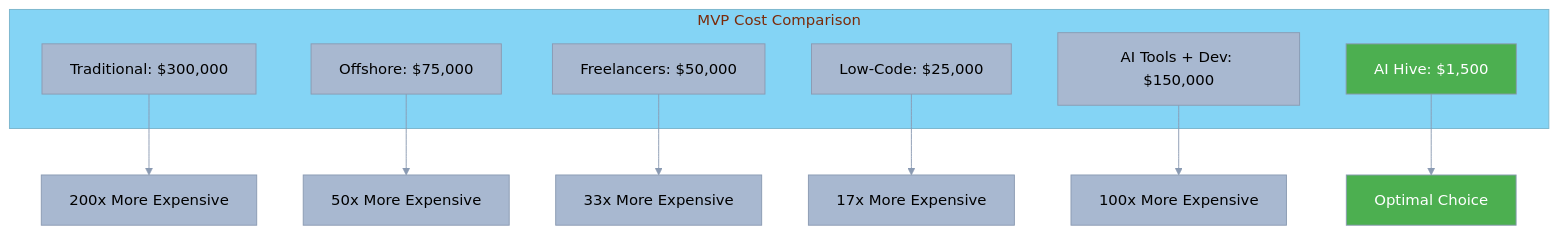
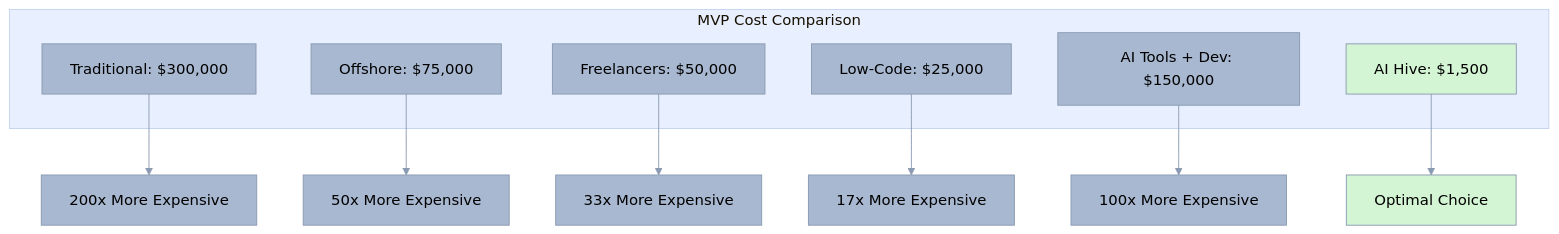
One commit to o2alexanderfedin/AI-Hive-Business-Docs changed the seventh of 10 diagrams in business-documents/competitive-positioning/04-feature-comparison.md. Above: the diagram before and after it, drawn with Mermaid. The commit also changed other lines of this file and 3 other files, not shown here.

````diff
--- a/business-documents/competitive-positioning/04-feature-comparison.md
+++ b/business-documents/competitive-positioning/04-feature-comparison.md
@@ -487,33 +524,33 @@
 ```mermaid
 %%{init: {
   'theme': 'base',
   'themeVariables': {
     'primaryColor': '#A8B8D0',
     'primaryTextColor': '#000000',
     'primaryBorderColor': '#8A9AB2',
     'lineColor': '#8A9AB2',
-    'secondaryColor': '#5DBCB6',
-    'tertiaryColor': '#84D4F5',
+    'secondaryColor': '#B8E0D8',
+    'tertiaryColor': '#E8F0FF',
     'background': '#F5F5F5'
   }
 }}%%
 graph TD
     subgraph "MVP Cost Comparison"
         A[Traditional: $300,000]
         B[Offshore: $75,000]
         C[Freelancers: $50,000]
         D[Low-Code: $25,000]
         E[AI Tools + Dev: $150,000]
         F[AI Hive: $1,500]
     end
 
     A --> G[200x More Expensive]
     B --> H[50x More Expensive]
     C --> I[33x More Expensive]
     D --> J[17x More Expensive]
     E --> K[100x More Expensive]
     F --> L[Optimal Choice]
 
-    style F fill:#4CAF50,color:#fff
-    style L fill:#4CAF50,color:#fff
+    style F fill:#D4F5D4,color:#000
+    style L fill:#D4F5D4,color:#000
 ```
````
